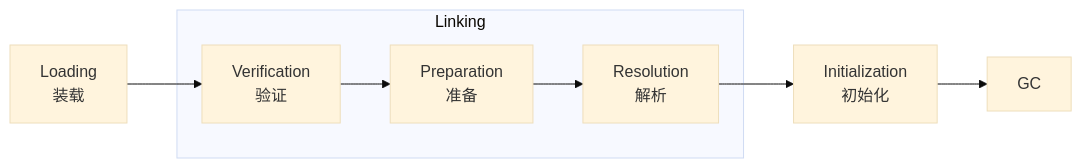
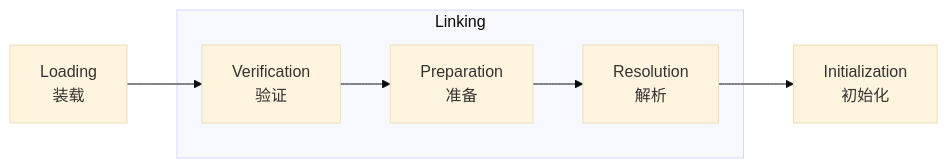
One commit to namelessmyth/beFreeCoder changed the second of 3 diagrams in Java/mashibing/学习笔记-Java-jvm-Gem.md. Above: the diagram before and after it, drawn with Mermaid (base theme). The commit also changed other lines of this file and 21 other files, not shown here.

````diff
--- a/Java/mashibing/学习笔记-Java-jvm-Gem.md
+++ b/Java/mashibing/学习笔记-Java-jvm-Gem.md
@@ -276,10 +276,9 @@
 ```mermaid
-graph LR
+flowchart LR
 1["Loading<br>装载"]-->2
 subgraph Linking
 2["Verification<br>验证"]-->3
 3["Preparation<br>准备"]-->4["Resolution<br>解析"]
 end
 4-->5["Initialization<br>初始化"]
-5-->6["GC"]
 ```
````
